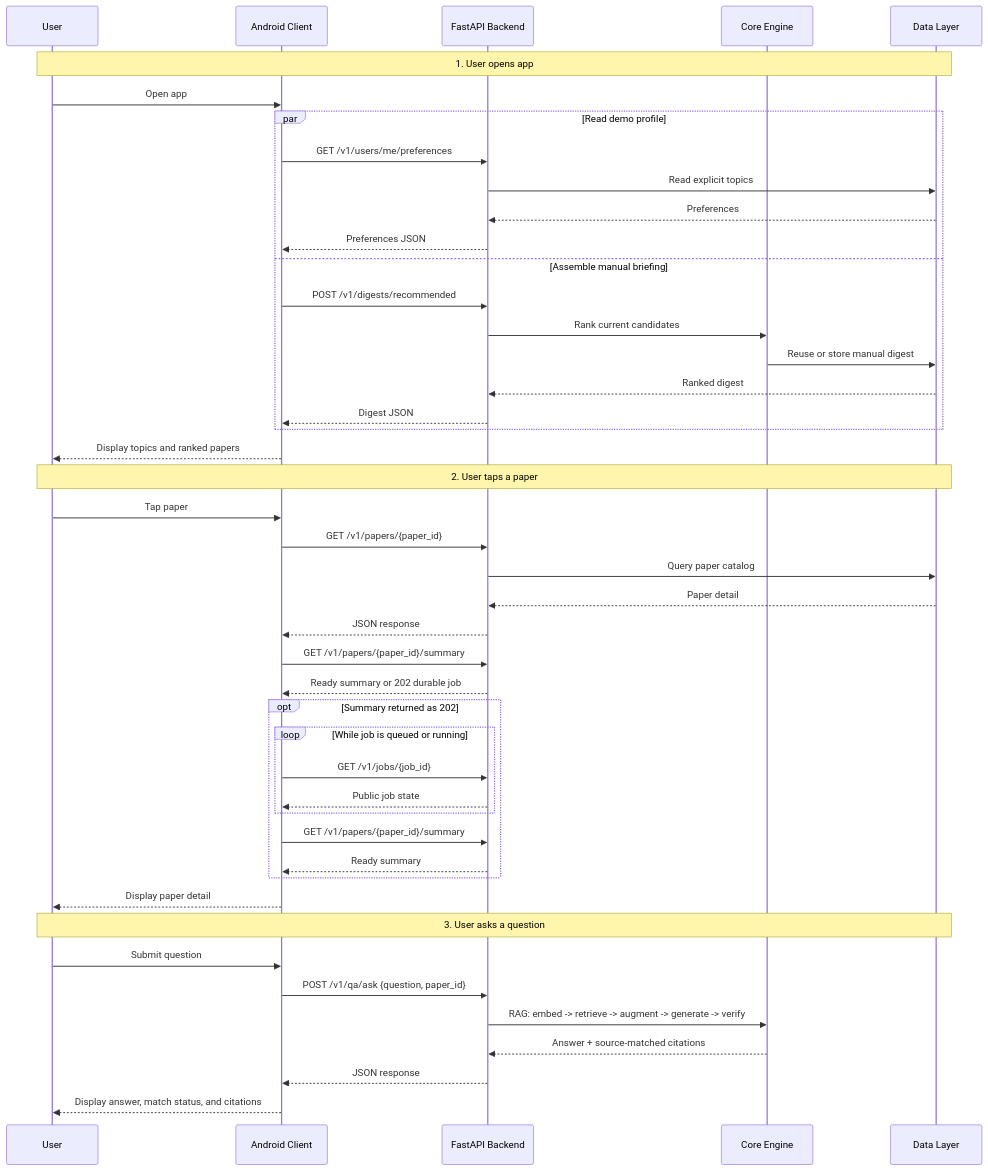
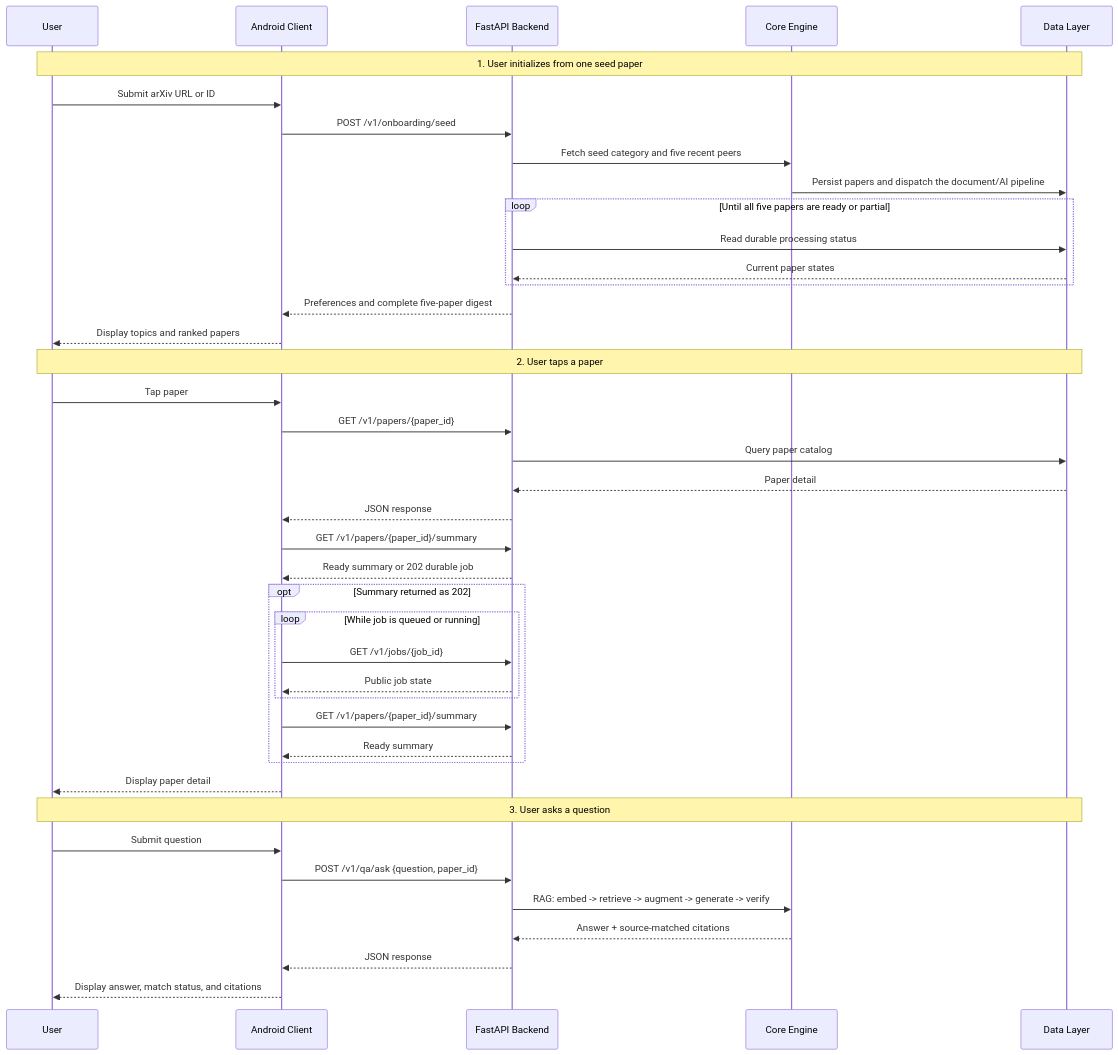
The fourth of 4 diagrams in README.md (YUcxovo/MNEME), drawn with Mermaid before and after one commit. The commit also changed other lines of this file and 5 other files, not shown here.

Commit message:
feat(api): add seed briefing endpoint [api]

````diff
--- a/README.md
+++ b/README.md
@@ -422,50 +424,46 @@
 ```mermaid
 sequenceDiagram
     participant U as User
     participant A as Android Client
     participant B as FastAPI Backend
     participant E as Core Engine
     participant D as Data Layer
 
-    Note over U,D: 1. User opens app
-    U->>A: Open app
-    par Read demo profile
-        A->>B: GET /v1/users/me/preferences
-        B->>D: Read explicit topics
-        D-->>B: Preferences
-        B-->>A: Preferences JSON
-    and Assemble manual briefing
-        A->>B: POST /v1/digests/recommended
-        B->>E: Rank current candidates
-        E->>D: Reuse or store manual digest
-        D-->>B: Ranked digest
-        B-->>A: Digest JSON
+    Note over U,D: 1. User initializes from one seed paper
+    U->>A: Submit arXiv URL or ID
+    A->>B: POST /v1/onboarding/seed
+    B->>E: Fetch seed category and five recent peers
+    E->>D: Persist papers and dispatch the document/AI pipeline
+    loop Until all five papers are ready or partial
+        B->>D: Read durable processing status
+        D-->>B: Current paper states
     end
+    B-->>A: Preferences and complete five-paper digest
     A-->>U: Display topics and ranked papers
 
     Note over U,D: 2. User taps a paper
     U->>A: Tap paper
     A->>B: GET /v1/papers/{paper_id}
     B->>D: Query paper catalog
     D-->>B: Paper detail
     B-->>A: JSON response
     A->>B: GET /v1/papers/{paper_id}/summary
     B-->>A: Ready summary or 202 durable job
     opt Summary returned as 202
         loop While job is queued or running
             A->>B: GET /v1/jobs/{job_id}
             B-->>A: Public job state
         end
         A->>B: GET /v1/papers/{paper_id}/summary
         B-->>A: Ready summary
     end
     A-->>U: Display paper detail
 
     Note over U,D: 3. User asks a question
     U->>A: Submit question
     A->>B: POST /v1/qa/ask {question, paper_id}
     B->>E: RAG: embed -> retrieve -> augment -> generate -> verify
     E-->>B: Answer + source-matched citations
     B-->>A: JSON response
     A-->>U: Display answer, match status, and citations
 ```
````
